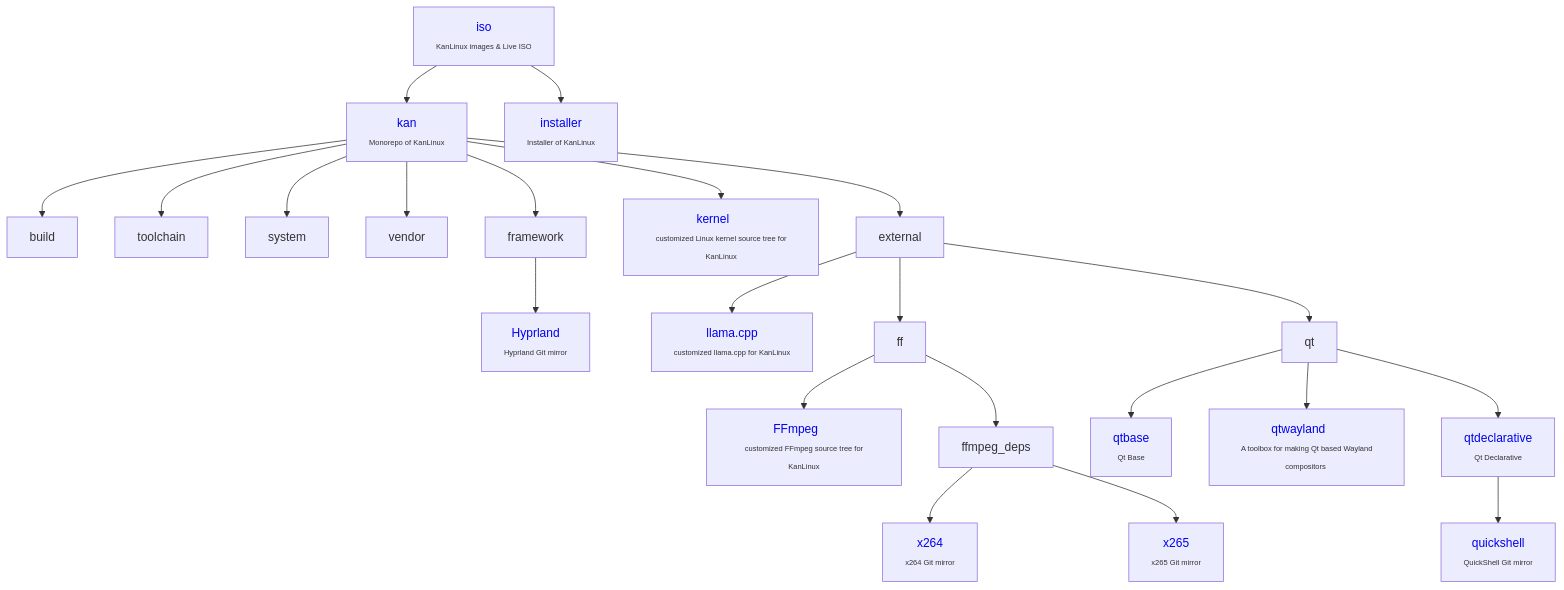
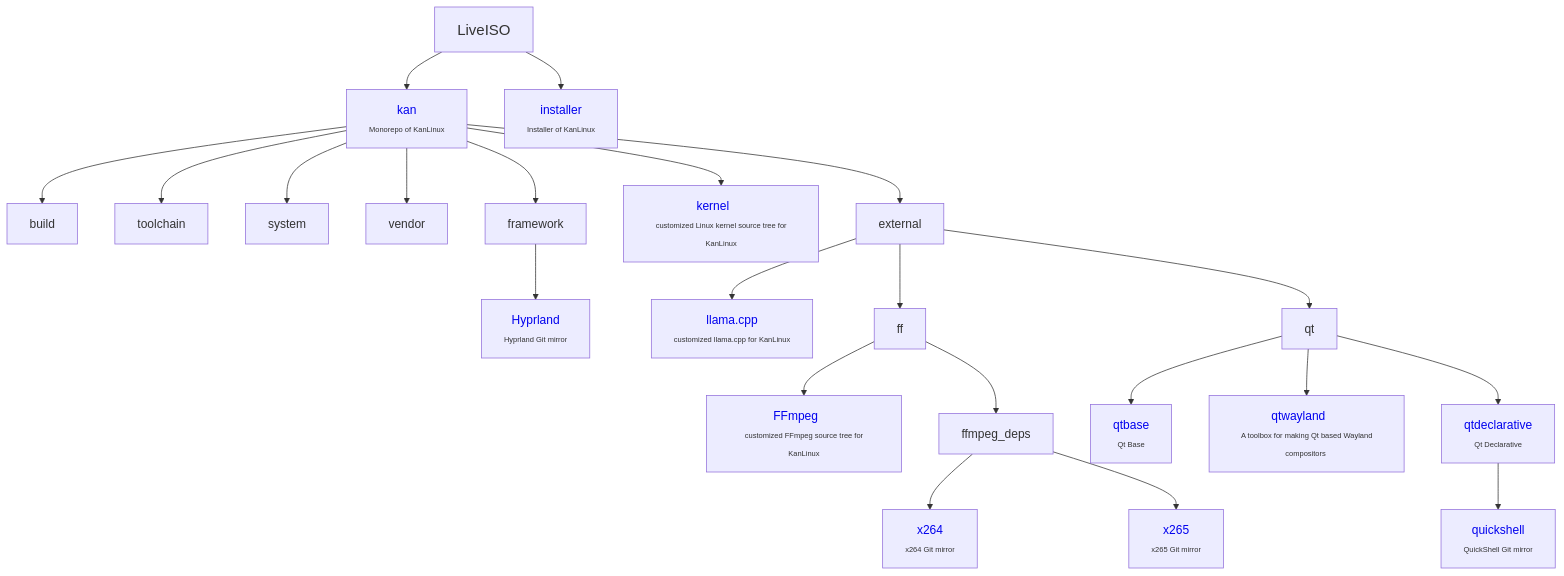
One commit to kan-linux/.github changed the diagram in profile/README.md. Above: the diagram before and after it, drawn with Mermaid.

Commit message:
Revise README diagram and update links
Updated the README to reflect changes in the diagram and links.

````diff
--- a/profile/README.md
+++ b/profile/README.md
@@ -5,72 +5,72 @@
 ```mermaid
 
 graph TD;
-iso --> kan
-iso --> installer
+LiveISO --> kan
+LiveISO --> installer
 
 kan --> build
 kan --> toolchain
 kan --> system
 kan --> vendor
 kan --> framework
 
 framework --> Hyprland
 
 kan --> kernel
 kan --> external
 
 external --> llama.cpp
 external --> ff
 
 ff  --> FFmpeg
 ff  --> ffmpeg_deps
 
 ffmpeg_deps --> x264
 ffmpeg_deps --> x265
 
 
 external --> qt
 
 
 qt --> qtbase
 qt --> qtwayland
 qt --> qtdeclarative
 
 qtdeclarative --> quickshell
 
 
-iso[<a href="https://github.com/kan-linux/iso"                       style="text-decoration:none;">iso</a>            <br><span style="font-size:10px;">KanLinux images & Live ISO</span>];
+LiveISO[<span style="font-size:20px;">LiveISO</span>];
 kan[<a href="https://github.com/kan-linux/kan"         style="text-decoration:none;">kan</a>     <br><span style="font-size:10px;">Monorepo of KanLinux</span>];
 
 installer[<a href="https://github.com/kan-linux/installer"         style="text-decoration:none;">installer</a>     <br><span style="font-size:10px;">Installer of KanLinux</span>];
 
 
 
 kernel[<a href="https://github.com/kan-linux/kernel"         style="text-decoration:none;">kernel</a>     <br><span style="font-size:10px;"> customized Linux kernel source tree for KanLinux</span>];
 
 
 llama.cpp[<a href="https://github.com/kan-linux/ggml-hexagon/discussions/84"         style="text-decoration:none;">llama.cpp</a>     <br><span style="font-size:10px;"> customized llama.cpp for KanLinux</span>];
 
 
 
 FFmpeg[<a href="https://github.com/kan-linux/ffmpeg"         style="text-decoration:none;">FFmpeg</a>     <br><span style="font-size:10px;"> customized FFmpeg source tree for KanLinux</span>];
 
 x264[<a href="https://github.com/kan-linux/x264"         style="text-decoration:none;">x264</a>     <br><span style="font-size:10px;"> x264 Git mirror </span>];
 x265[<a href="https://github.com/kan-linux/x265"         style="text-decoration:none;">x265</a>     <br><span style="font-size:10px;"> x265 Git mirror </span>];
 
 Hyprland[<a href="https://github.com/kan-linux/Hyprland"         style="text-decoration:none;">Hyprland</a>     <br><span style="font-size:10px;"> Hyprland Git mirror </span>];
 
 
 qtbase[<a href="https://github.com/kan-linux/qtbase"         style="text-decoration:none;">qtbase</a>     <br><span style="font-size:10px;"> Qt Base </span>];
 
 
 
 qtwayland[<a href="https://github.com/kan-linux/qtwayland"         style="text-decoration:none;">qtwayland</a>     <br><span style="font-size:10px;"> A toolbox for making Qt based Wayland compositors </span>];
 
 qtdeclarative[<a href="https://github.com/kan-linux/qtdeclarative"         style="text-decoration:none;">qtdeclarative</a>     <br><span style="font-size:10px;"> Qt Declarative </span>];
 
 
 
 quickshell[<a href="https://github.com/kan-linux/quickshell"         style="text-decoration:none;">quickshell</a>     <br><span style="font-size:10px;"> QuickShell Git mirror</span>];
 
 ```
````
